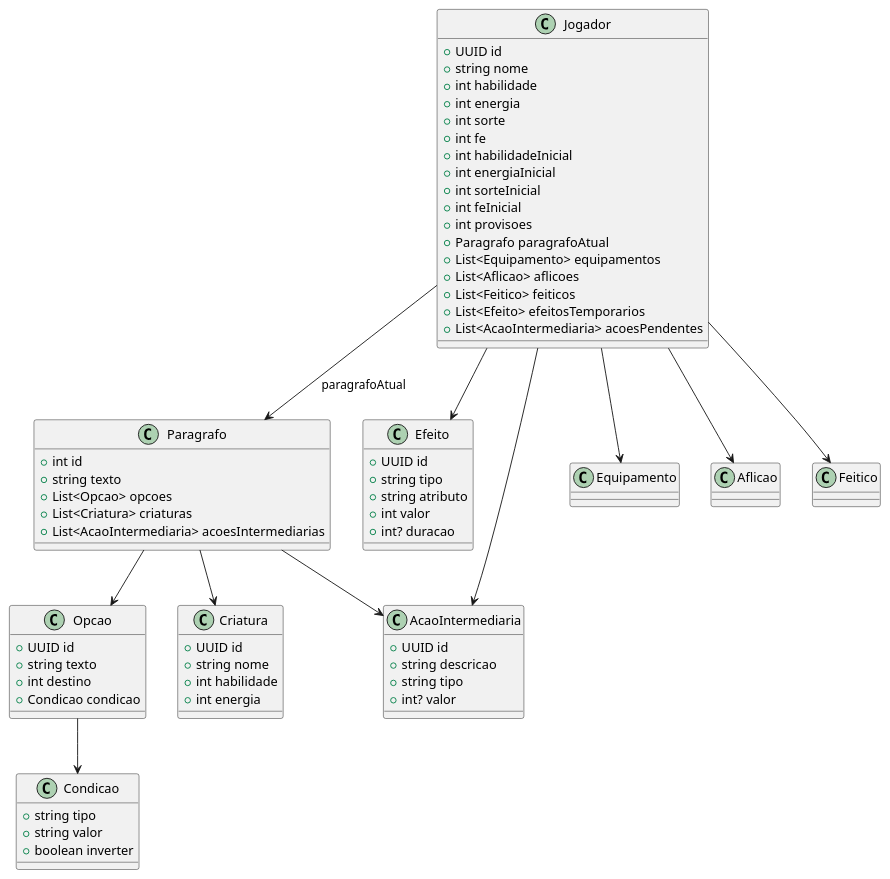
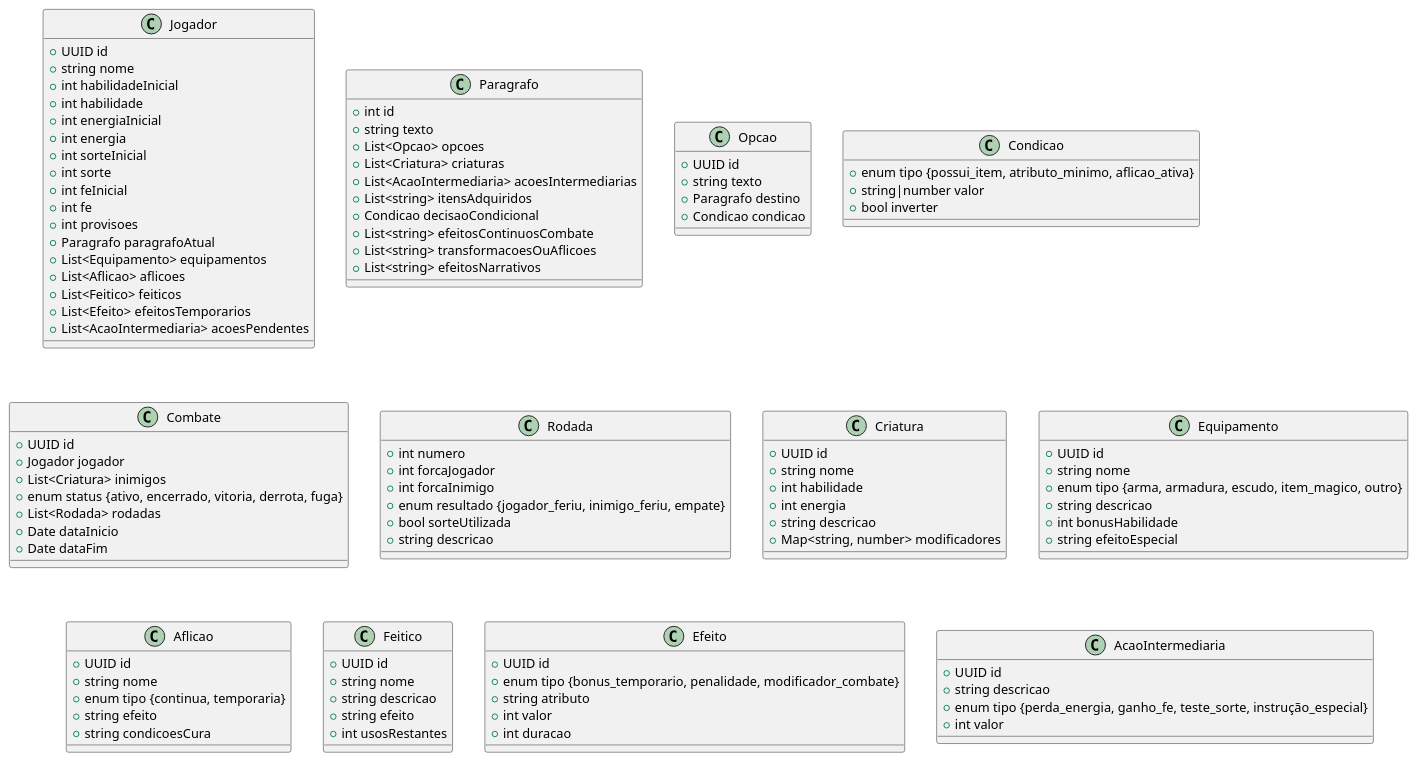
Before and after one commit to RodValentinord/rpgaventuras: the diagram in docs/uml_model.puml, drawn with PlantUML. The commit also changed 5 other files, not shown here.

```diff
--- a/docs/uml_model.puml
+++ b/docs/uml_model.puml
@@ -2,75 +1,117 @@
 @startuml
+
 class Jogador {
   +UUID id
   +string nome
+  +int habilidadeInicial
   +int habilidade
+  +int energiaInicial
   +int energia
+  +int sorteInicial
   +int sorte
+  +int feInicial
   +int fe
-  +int habilidadeInicial
-  +int energiaInicial
-  +int sorteInicial
-  +int feInicial
   +int provisoes
   +Paragrafo paragrafoAtual
   +List<Equipamento> equipamentos
   +List<Aflicao> aflicoes
   +List<Feitico> feiticos
   +List<Efeito> efeitosTemporarios
   +List<AcaoIntermediaria> acoesPendentes
 }
 
 class Paragrafo {
   +int id
   +string texto
   +List<Opcao> opcoes
   +List<Criatura> criaturas
   +List<AcaoIntermediaria> acoesIntermediarias
+  +List<string> itensAdquiridos
+  +Condicao decisaoCondicional
+  +List<string> efeitosContinuosCombate
+  +List<string> transformacoesOuAflicoes
+  +List<string> efeitosNarrativos
 }
 
 class Opcao {
   +UUID id
   +string texto
-  +int destino
+  +Paragrafo destino
   +Condicao condicao
+}
+
+class Condicao {
+  +enum tipo {possui_item, atributo_minimo, aflicao_ativa}
+  +string|number valor
+  +bool inverter
+}
+
+class Combate {
+  +UUID id
+  +Jogador jogador
+  +List<Criatura> inimigos
+  +enum status {ativo, encerrado, vitoria, derrota, fuga}
+  +List<Rodada> rodadas
+  +Date dataInicio
+  +Date dataFim
+}
+
+class Rodada {
+  +int numero
+  +int forcaJogador
+  +int forcaInimigo
+  +enum resultado {jogador_feriu, inimigo_feriu, empate}
+  +bool sorteUtilizada
+  +string descricao
 }
 
 class Criatura {
   +UUID id
   +string nome
   +int habilidade
   +int energia
+  +string descricao
+  +Map<string, number> modificadores
+}
+
+class Equipamento {
+  +UUID id
+  +string nome
+  +enum tipo {arma, armadura, escudo, item_magico, outro}
+  +string descricao
+  +int bonusHabilidade
+  +string efeitoEspecial
+}
+
+class Aflicao {
+  +UUID id
+  +string nome
+  +enum tipo {continua, temporaria}
+  +string efeito
+  +string condicoesCura
+}
+
+class Feitico {
+  +UUID id
+  +string nome
+  +string descricao
+  +string efeito
+  +int usosRestantes
 }
 
 class Efeito {
   +UUID id
-  +string tipo
+  +enum tipo {bonus_temporario, penalidade, modificador_combate}
   +string atributo
   +int valor
-  +int? duracao
+  +int duracao
 }
 
 class AcaoIntermediaria {
   +UUID id
   +string descricao
-  +string tipo
-  +int? valor
+  +enum tipo {perda_energia, ganho_fe, teste_sorte, instrução_especial}
+  +int valor
 }
 
-class Condicao {
-  +string tipo
-  +string valor
-  +boolean inverter
-}
-
-Jogador --> Paragrafo : paragrafoAtual
-Paragrafo --> Opcao
-Paragrafo --> Criatura
-Paragrafo --> AcaoIntermediaria
-Opcao --> Condicao
-Jogador --> Equipamento
-Jogador --> Aflicao
-Jogador --> Feitico
-Jogador --> Efeito
-Jogador --> AcaoIntermediaria
 @enduml
```
